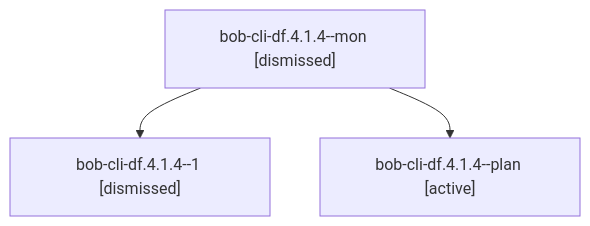
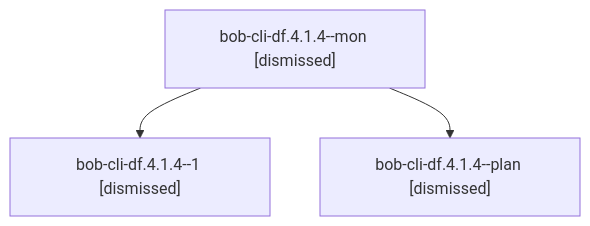
Before and after one commit to bobs-org/bob-cli--agents: the diagram in sessions/bbugyi200.athena.bob-cli-df.4.1.4.md, drawn with Mermaid. The commit also changed other lines of this file and 155 other files, not shown here.

````diff
--- a/sessions/bbugyi200.athena.bob-cli-df.4.1.4.md
+++ b/sessions/bbugyi200.athena.bob-cli-df.4.1.4.md
@@ -9,8 +9,8 @@
 ```mermaid
 flowchart TD
   n0["bob-cli-df.4.1.4--mon [dismissed]"]
   n1["bob-cli-df.4.1.4--1 [dismissed]"]
   n0 --> n1
-  n2["bob-cli-df.4.1.4--plan [active]"]
+  n2["bob-cli-df.4.1.4--plan [dismissed]"]
   n0 --> n2
 ```
````
